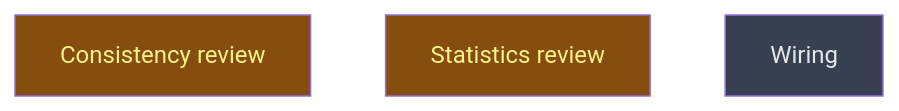
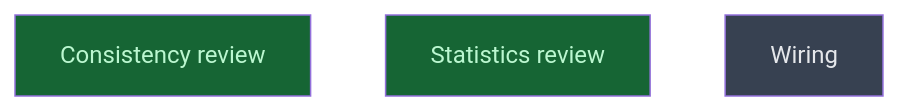
Before and after one commit to CrackingShells/Pinion: the diagram in __roadmap__/designing_tests/review/README.md, drawn with Mermaid. The commit also changed other lines of this file and 1 other file, not shown here.

Commit message:
docs(roadmap): close the designing-tests reviews and start wiring
Both review leaves are done: their findings are fixed and merged, and
the resolutions are recorded in the review reports. A further
contamination review ran and is recorded in 02-contamination_review_v0.md.

````diff
--- a/__roadmap__/designing_tests/review/README.md
+++ b/__roadmap__/designing_tests/review/README.md
@@ -19,11 +19,11 @@
 ```mermaid
 graph TD
-    consistency_review[Consistency review]:::inprogress
-    statistics_review[Statistics review]:::inprogress
+    consistency_review[Consistency review]:::done
+    statistics_review[Statistics review]:::done
     wiring[Wiring]:::planned
     classDef done       fill:#166534,color:#bbf7d0
     classDef inprogress fill:#854d0e,color:#fef08a
     classDef planned    fill:#374151,color:#e5e7eb
     classDef amendment  fill:#1e3a5f,color:#bfdbfe
     classDef blocked    fill:#7f1d1d,color:#fecaca
 ```
````
